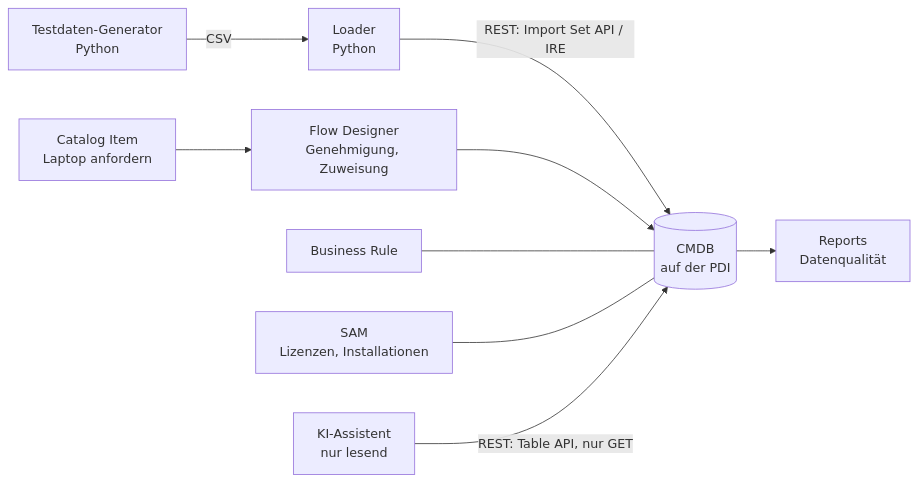
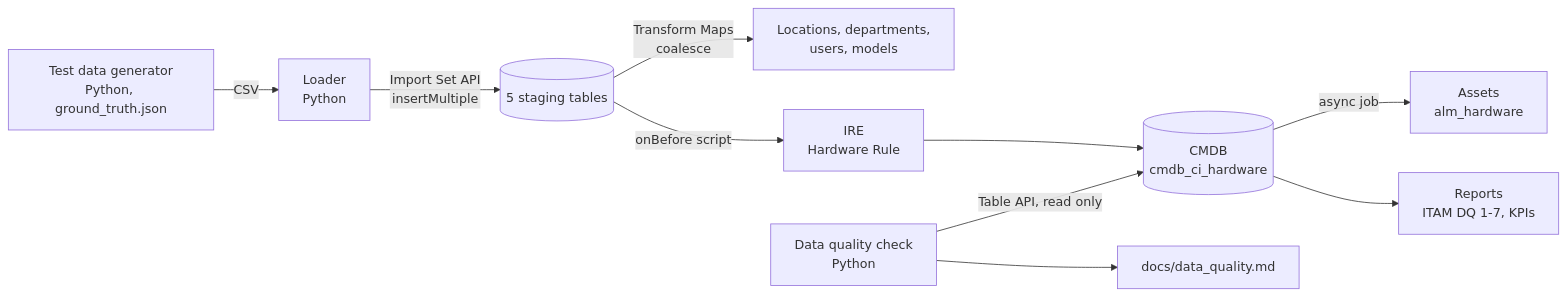
One commit to itam-automation/servicenow-itam-demo changed the diagram in README.md. Above: the diagram before and after it, drawn with Mermaid. The commit also changed other lines of this file and 8 other files, not shown here.

````diff
--- a/README.md
+++ b/README.md
@@ -20,11 +34,12 @@
 ```mermaid
 flowchart LR
-  G["Testdaten-Generator<br/>Python"] -->|CSV| L["Loader<br/>Python"]
-  L -->|"REST: Import Set API / IRE"| CMDB[("CMDB<br/>auf der PDI")]
-  CMDB --> R["Reports<br/>Datenqualität"]
-  SC["Catalog Item<br/>Laptop anfordern"] --> F["Flow Designer<br/>Genehmigung, Zuweisung"]
-  F --> CMDB
-  BR["Business Rule"] --- CMDB
-  SAM["SAM<br/>Lizenzen, Installationen"] --- CMDB
-  A["KI-Assistent<br/>nur lesend"] -->|"REST: Table API, nur GET"| CMDB
+  G["Test data generator<br/>Python, ground_truth.json"] -->|CSV| L["Loader<br/>Python"]
+  L -->|"Import Set API<br/>insertMultiple"| S[("5 staging tables")]
+  S -->|"Transform Maps<br/>coalesce"| M["Locations, departments,<br/>users, models"]
+  S -->|"onBefore script"| IRE["IRE<br/>Hardware Rule"]
+  IRE --> CMDB[("CMDB<br/>cmdb_ci_hardware")]
+  CMDB -->|"async job"| A["Assets<br/>alm_hardware"]
+  CMDB --> R["Reports<br/>ITAM DQ 1-7, KPIs"]
+  Q["Data quality check<br/>Python"] -->|"Table API, read only"| CMDB
+  Q --> D["docs/data_quality.md"]
 ```
````
